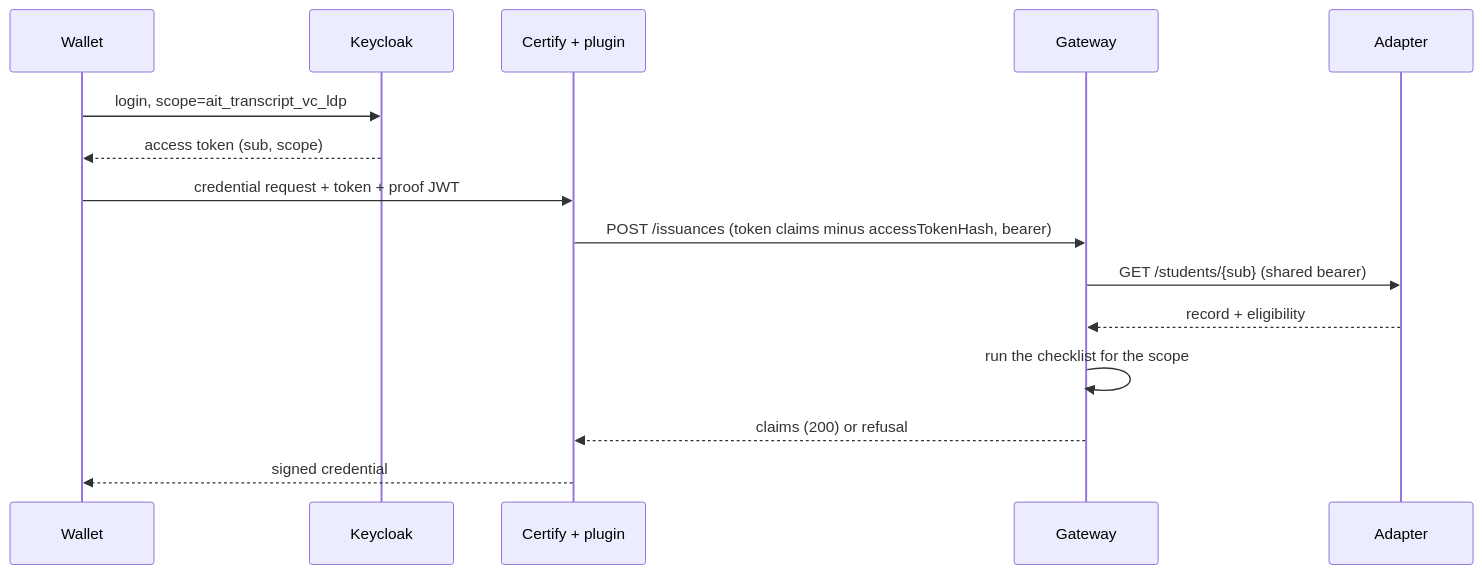
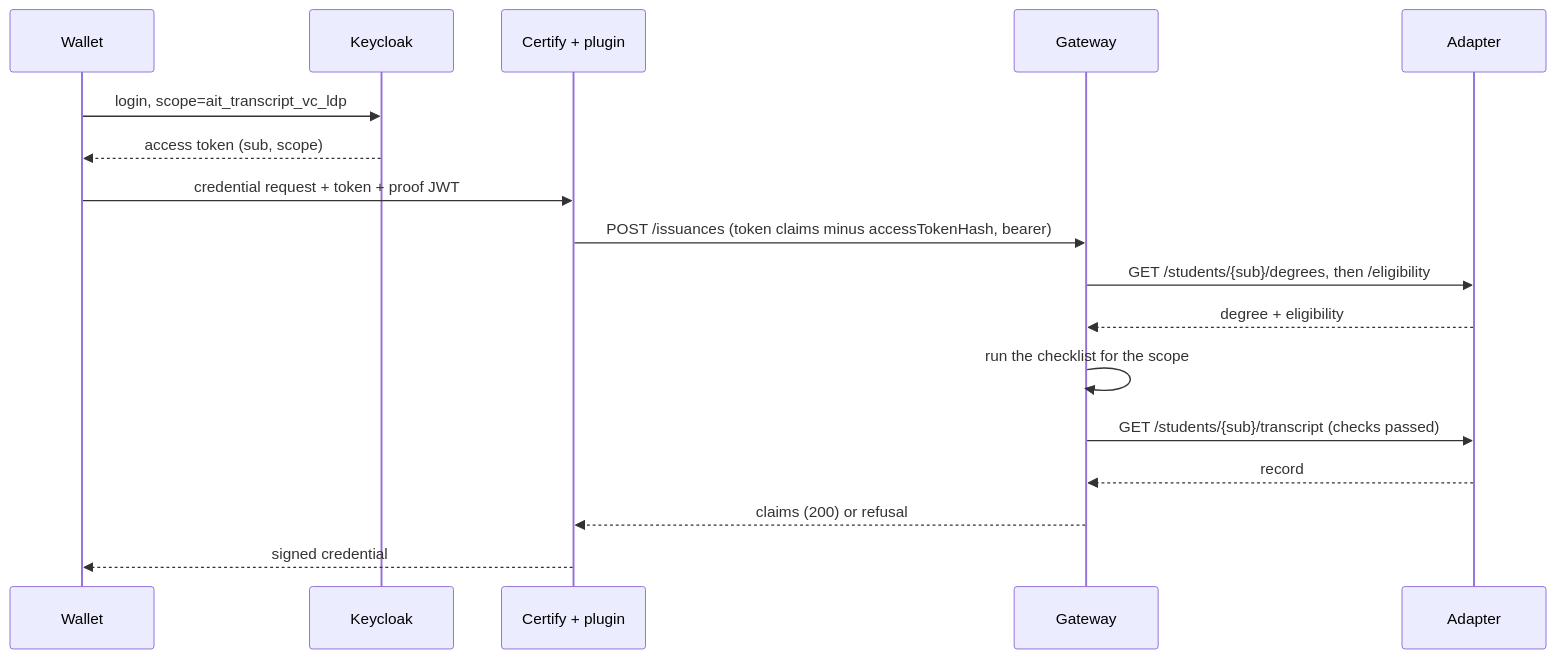
The diagram in wiki/concepts/credential-request.md (mosip-asia/ait-transcript), drawn with Mermaid before and after one commit. The commit also changed other lines of this file and 13 other files, not shown here.

````diff
--- a/wiki/concepts/credential-request.md
+++ b/wiki/concepts/credential-request.md
@@ -53,17 +53,19 @@
 ```mermaid
 sequenceDiagram
     participant W as Wallet
     participant K as Keycloak
     participant C as Certify + plugin
     participant G as Gateway
     participant A as Adapter
     W->>K: login, scope=ait_transcript_vc_ldp
     K-->>W: access token (sub, scope)
     W->>C: credential request + token + proof JWT
     C->>G: POST /issuances (token claims minus accessTokenHash, bearer)
-    G->>A: GET /students/{sub} (shared bearer)
-    A-->>G: record + eligibility
+    G->>A: GET /students/{sub}/degrees, then /eligibility
+    A-->>G: degree + eligibility
     G->>G: run the checklist for the scope
+    G->>A: GET /students/{sub}/transcript (checks passed)
+    A-->>G: record
     G-->>C: claims (200) or refusal
     C-->>W: signed credential
 ```
````
